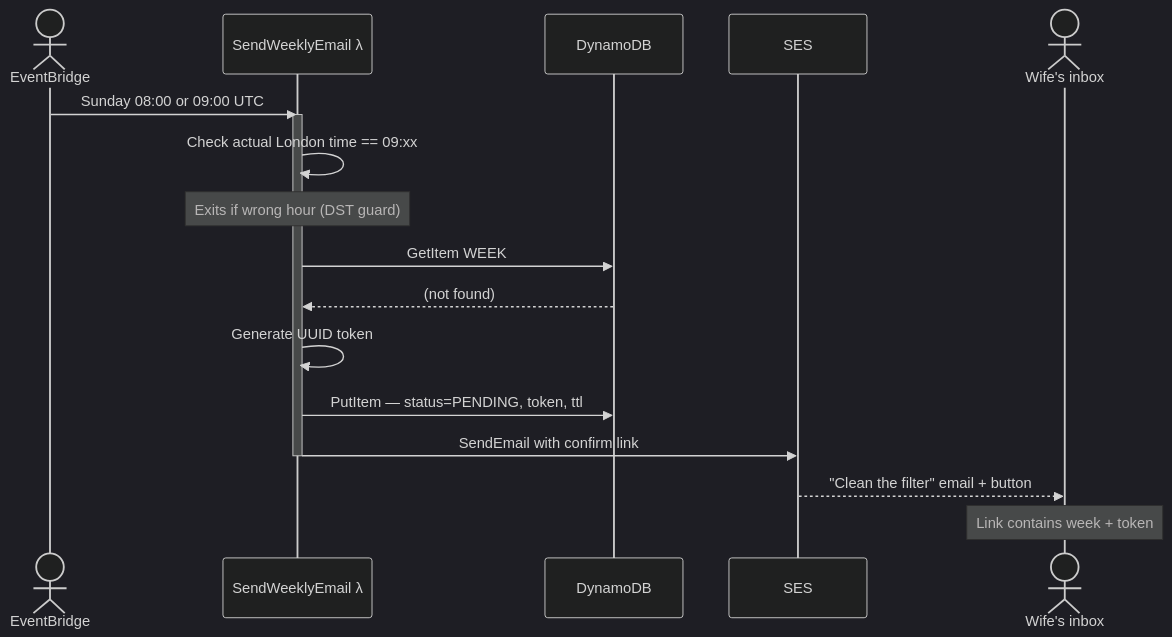
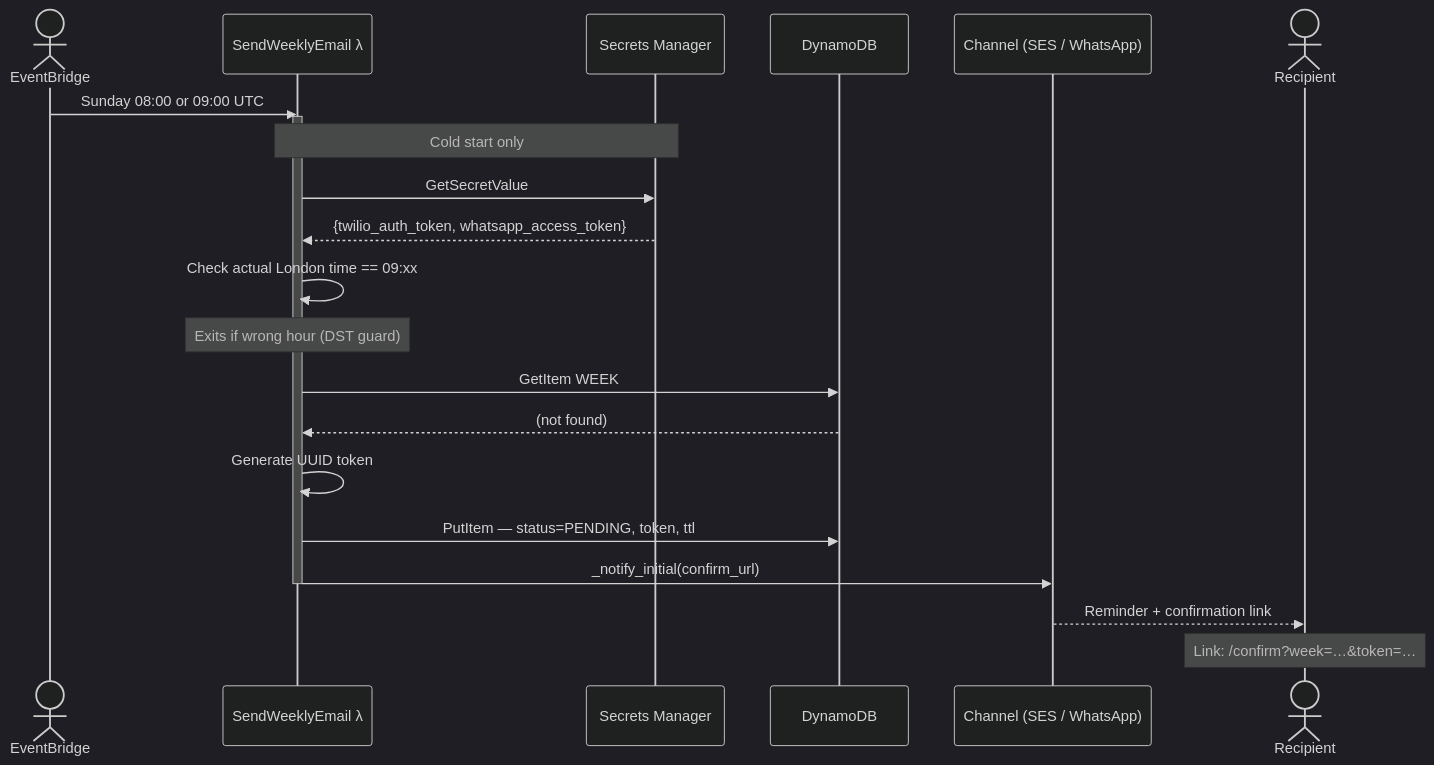
One commit to baldrickuk/washingmachine-notifications changed the third of 10 diagrams in docs/architecture.md. Above: the diagram before and after it, drawn with Mermaid. The commit also changed other lines of this file and 1 other file, not shown here.

First line of the commit message:
Update architecture and threat model docs

````diff
--- a/docs/architecture.md
+++ b/docs/architecture.md
@@ -93,27 +131,32 @@
 ```mermaid
 %%{init: {'theme': 'dark', 'themeVariables': {'primaryColor': '#1e3a5f', 'primaryTextColor': '#c9d1d9', 'primaryBorderColor': '#4a7ab5', 'lineColor': '#58a6ff', 'edgeLabelBackground': '#0d1117'}}}%%
 
 sequenceDiagram
     actor EB as EventBridge
     participant L  as SendWeeklyEmail λ
+    participant SM as Secrets Manager
     participant DB as DynamoDB
-    participant SE as SES
-    actor W  as Wife's inbox
+    participant CH as Channel (SES / WhatsApp)
+    actor W  as Recipient
 
     EB->>L: Sunday 08:00 or 09:00 UTC
     activate L
+
+    Note over L,SM: Cold start only
+    L->>SM: GetSecretValue
+    SM-->>L: {twilio_auth_token, whatsapp_access_token}
 
     L->>L: Check actual London time == 09:xx
     Note over L: Exits if wrong hour (DST guard)
 
     L->>DB: GetItem WEEK#2026-05-17
     DB-->>L: (not found)
 
     L->>L: Generate UUID token
     L->>DB: PutItem — status=PENDING, token, ttl
-    L->>SE: SendEmail with confirm link
+    L->>CH: _notify_initial(confirm_url)
     deactivate L
 
-    SE-->>W: "Clean the filter" email + button
-    Note over W: Link contains week + token
+    CH-->>W: Reminder + confirmation link
+    Note over W: Link: /confirm?week=…&token=…
 ```
````
